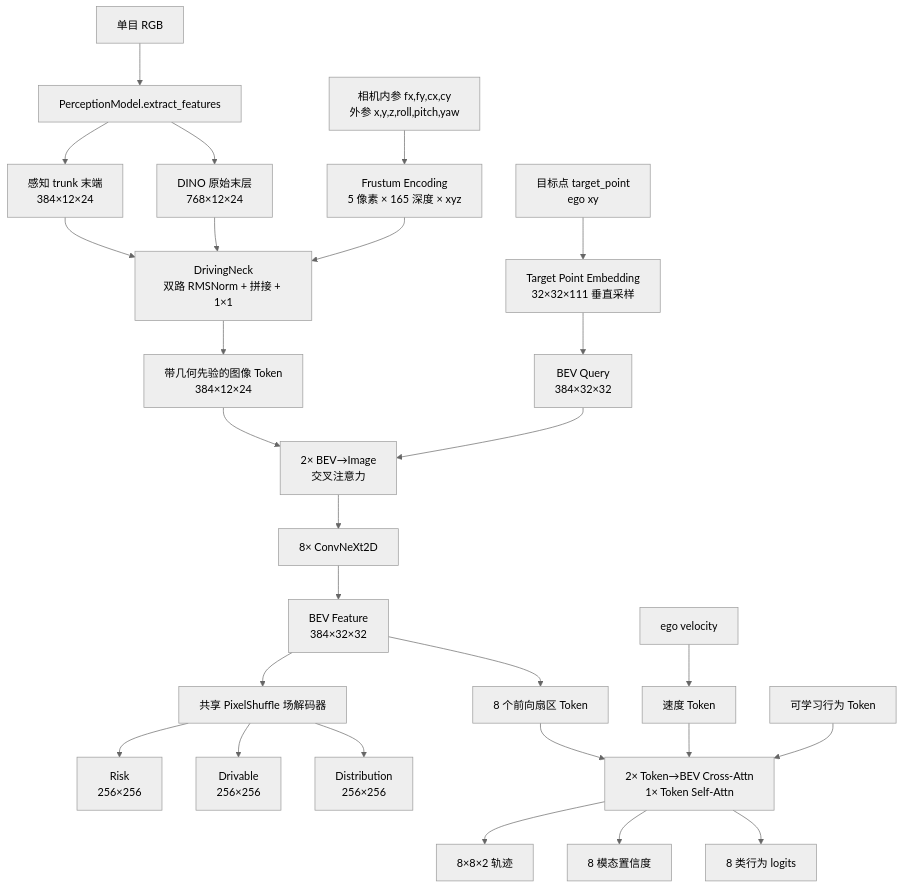
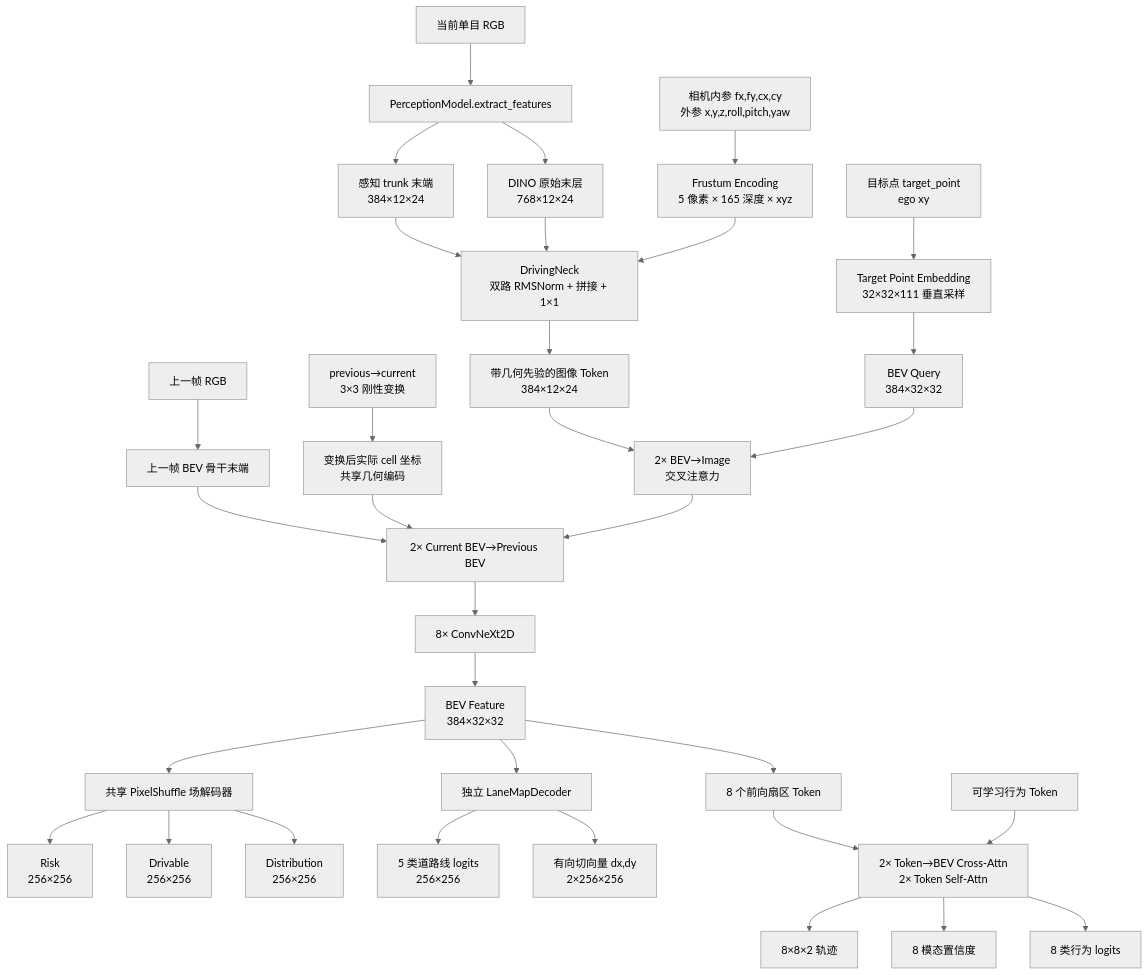
Before and after one commit to ByteDriveTeam/ByteDrive-Toy: the fourth of 9 diagrams in README.md, drawn with Mermaid (neutral theme). The commit also changed other lines of this file and 32 other files, not shown here.

````diff
--- a/README.md
+++ b/README.md
@@ -249,33 +249,39 @@
 ```mermaid
 flowchart TB
-    RGB["单目 RGB"] --> P["PerceptionModel.extract_features"]
+    RGB["当前单目 RGB"] --> P["PerceptionModel.extract_features"]
     P --> T["感知 trunk 末端<br/>384×12×24"]
     P --> R["DINO 原始末层<br/>768×12×24"]
 
     T --> NECK["DrivingNeck<br/>双路 RMSNorm + 拼接 + 1×1"]
     R --> NECK
     CALIB["相机内参 fx,fy,cx,cy<br/>外参 x,y,z,roll,pitch,yaw"] --> FR["Frustum Encoding<br/>5 像素 × 165 深度 × xyz"]
     FR --> NECK
     NECK --> IMG["带几何先验的图像 Token<br/>384×12×24"]
 
     TARGET["目标点 target_point<br/>ego xy"] --> QUERY["Target Point Embedding<br/>32×32×111 垂直采样"]
     QUERY --> BEVQ["BEV Query<br/>384×32×32"]
     IMG --> CROSS["2× BEV→Image<br/>交叉注意力"]
     BEVQ --> CROSS
-    CROSS --> CNX["8× ConvNeXt2D"]
+    PRGB["上一帧 RGB"] --> PBEV["上一帧 BEV 骨干末端"]
+    TF["previous→current<br/>3×3 刚性变换"] --> PGEOM["变换后实际 cell 坐标<br/>共享几何编码"]
+    PBEV --> TCROSS["2× Current BEV→Previous BEV"]
+    PGEOM --> TCROSS
+    CROSS --> TCROSS --> CNX["8× ConvNeXt2D"]
     CNX --> BEV["BEV Feature<br/>384×32×32"]
 
     BEV --> FIELD["共享 PixelShuffle 场解码器"]
     FIELD --> RISK["Risk<br/>256×256"]
     FIELD --> DRIVE["Drivable<br/>256×256"]
     FIELD --> DIST["Distribution<br/>256×256"]
 
+    BEV --> LANE["独立 LaneMapDecoder"]
+    LANE --> LCLS["5 类道路线 logits<br/>256×256"]
+    LANE --> LDIR["有向切向量 dx,dy<br/>2×256×256"]
+
     BEV --> SECTOR["8 个前向扇区 Token"]
-    VEL["ego velocity"] --> VTK["速度 Token"]
-    VTK --> JOINT["2× Token→BEV Cross-Attn<br/>1× Token Self-Attn"]
-    SECTOR --> JOINT
+    SECTOR --> JOINT["2× Token→BEV Cross-Attn<br/>2× Token Self-Attn"]
     BEHAV["可学习行为 Token"] --> JOINT
     JOINT --> TRAJ["8×8×2 轨迹"]
     JOINT --> CONF["8 模态置信度"]
     JOINT --> ACT["8 类行为 logits"]
 ```
````
